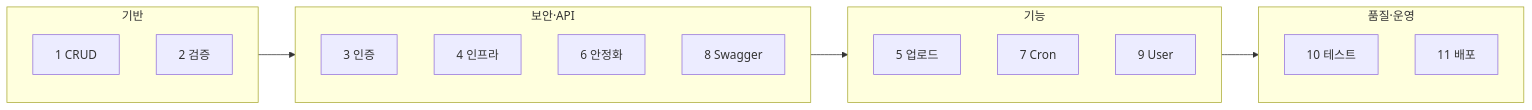
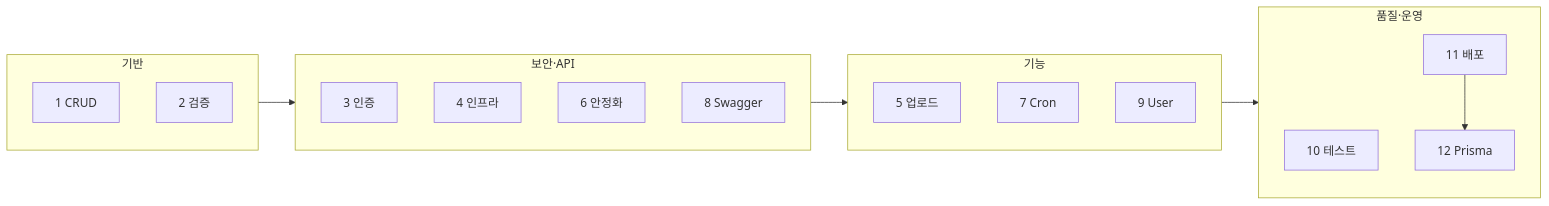
Before and after one commit to hgim96715-lgtm/nestjs-project-pipeline: the diagram in docs/development-log.md, drawn with Mermaid. The commit also changed other lines of this file and 5 other files, not shown here.

````diff
--- a/docs/development-log.md
+++ b/docs/development-log.md
@@ -24,23 +25,25 @@
 ```mermaid
 flowchart LR
   subgraph foundation["기반"]
     S1[1 CRUD]
     S2[2 검증]
   end
   subgraph security["보안·API"]
     S3[3 인증]
     S4[4 인프라]
     S6[6 안정화]
     S8[8 Swagger]
   end
   subgraph features["기능"]
     S5[5 업로드]
     S7[7 Cron]
     S9[9 User]
   end
   subgraph quality["품질·운영"]
     S10[10 테스트]
     S11[11 배포]
+    S12[12 Prisma]
   end
   foundation --> security --> features --> quality
+  S11 --> S12
 ```
````
